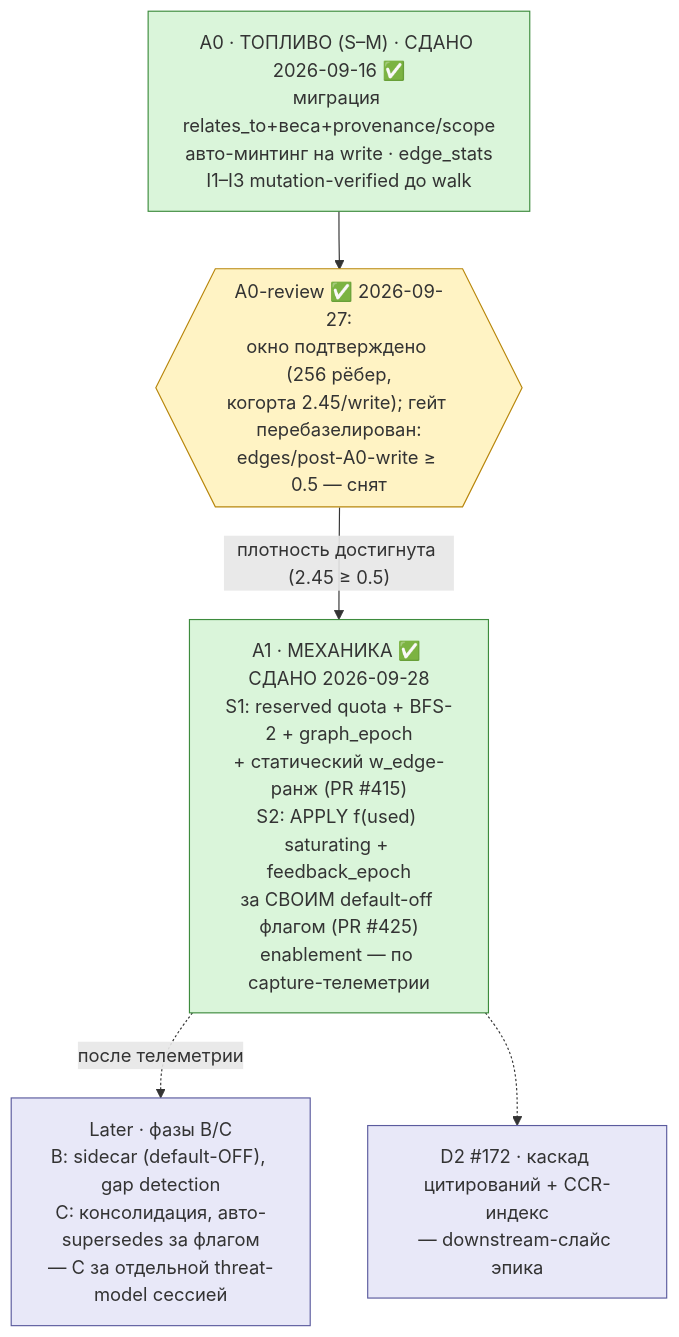
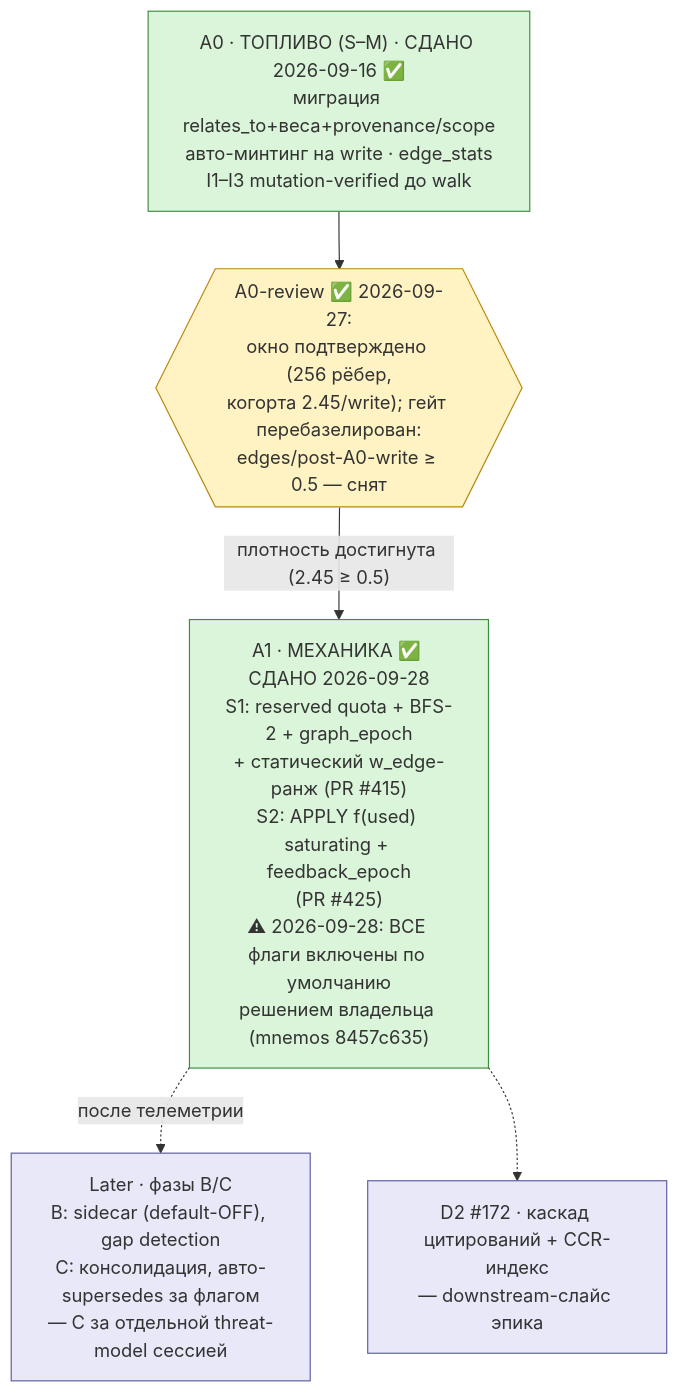
The fourth of 5 diagrams in docs/project/dev-plan.md (vesmaro/vesma), drawn with Mermaid before and after one commit. The commit also changed other lines of this file and 29 other files, not shown here.

First line of the commit message:
feat(config): graphs on by default — owner decision 2026-09-28

````diff
--- a/docs/project/dev-plan.md
+++ b/docs/project/dev-plan.md
@@ -634,18 +634,18 @@
 ```mermaid
 flowchart TD
     A0["A0 · ТОПЛИВО (S–M) · СДАНО 2026-09-16 ✅<br/>миграция relates_to+веса+provenance/scope<br/>авто-минтинг на write · edge_stats<br/>I1–I3 mutation-verified до walk"]
     GA{{"A0-review ✅ 2026-09-27:<br/>окно подтверждено (256 рёбер,<br/>когорта 2.45/write); гейт перебазелирован:<br/>edges/post-A0-write ≥ 0.5 — снят"}}
-    A1["A1 · МЕХАНИКА ✅ СДАНО 2026-09-28<br/>S1: reserved quota + BFS-2 + graph_epoch<br/>+ статический w_edge-ранж (PR #415)<br/>S2: APPLY f(used) saturating + feedback_epoch<br/>за СВОИМ default-off флагом (PR #425)<br/>enablement — по capture-телеметрии"]
+    A1["A1 · МЕХАНИКА ✅ СДАНО 2026-09-28<br/>S1: reserved quota + BFS-2 + graph_epoch<br/>+ статический w_edge-ранж (PR #415)<br/>S2: APPLY f(used) saturating + feedback_epoch<br/>(PR #425)<br/>⚠ 2026-09-28: ВСЕ флаги включены по умолчанию<br/>решением владельца (mnemos 8457c635)"]
     LR["Later · фазы B/C<br/>B: sidecar (default-OFF), gap detection<br/>C: консолидация, авто-supersedes за флагом<br/>— C за отдельной threat-model сессией"]
     D2S["D2 #172 · каскад цитирований + CCR-индекс<br/>— downstream-слайс эпика"]
     A0 --> GA
     GA -- "плотность достигнута (2.45 ≥ 0.5)" --> A1
     A1 -. после телеметрии .-> LR
     A1 -.-> D2S
     classDef done fill:#daf5da,stroke:#3d8b3d
     classDef gate fill:#fff3c4,stroke:#b8860b
     classDef later fill:#e8e8f8,stroke:#5b5b9e
     class A0,A1 done
     class GA gate
     class LR,D2S later
 ```
````
